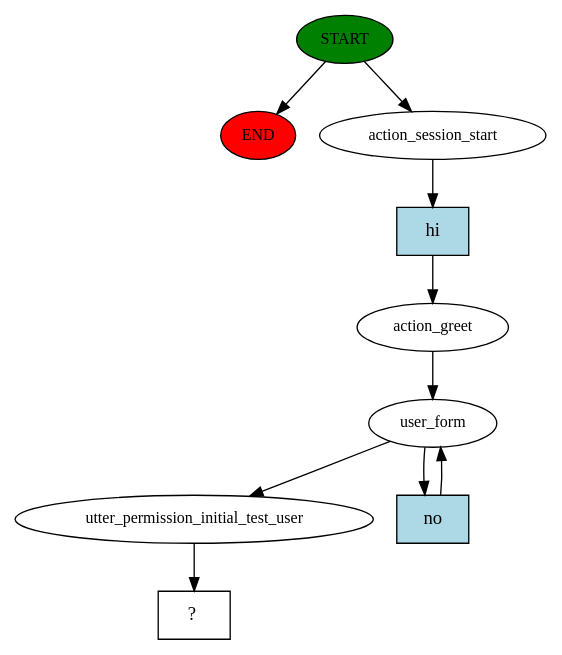
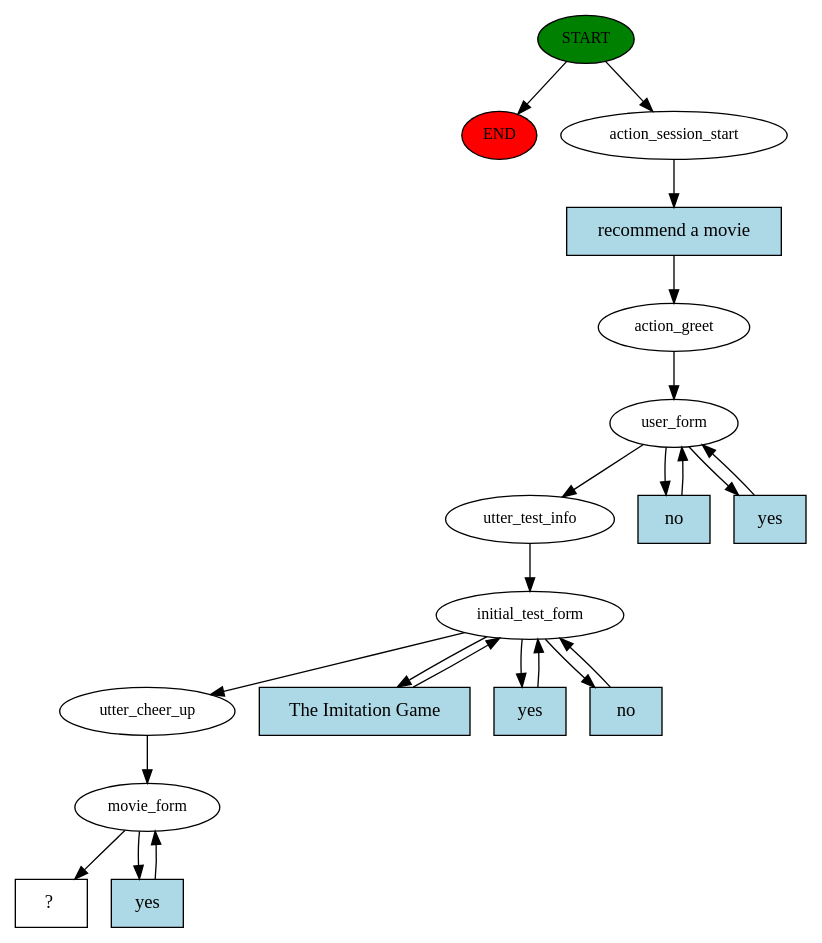
Before and after one commit to amirazzam2000/MovieBot2.0: the diagram in story_graph.dot, drawn with Graphviz. The commit also changed 8 other files, not shown here.

```diff
--- a/story_graph.dot
+++ b/story_graph.dot
@@ -1,20 +1,41 @@
 digraph  {
 0 [class="start active", fillcolor=green, fontsize=12, label=START, style=filled];
 "-1" [class=end, fillcolor=red, fontsize=12, label=END, style=filled];
 1 [class=active, fontsize=12, label=action_session_start];
 2 [class=active, fontsize=12, label=action_greet];
 3 [class=active, fontsize=12, label=user_form];
-7 [class=active, fontsize=12, label=utter_permission_initial_test_user];
-8 [class="intent dashed active", label="  ?  ", shape=rect];
-9 [class="intent active", fillcolor=lightblue, label=hi, shape=rect, style=filled];
-10 [class="intent active", fillcolor=lightblue, label=no, shape=rect, style=filled];
+8 [class=active, fontsize=12, label=utter_test_info];
+9 [class=active, fontsize=12, label=initial_test_form];
+16 [class=active, fontsize=12, label=utter_cheer_up];
+17 [class=active, fontsize=12, label=movie_form];
+20 [class="intent dashed active", label="  ?  ", shape=rect];
+21 [class="intent active", fillcolor=lightblue, label="recommend a movie", shape=rect, style=filled];
+22 [class="intent active", fillcolor=lightblue, label=no, shape=rect, style=filled];
+23 [class="intent active", fillcolor=lightblue, label=yes, shape=rect, style=filled];
+24 [class="intent active", fillcolor=lightblue, label="The Imitation Game", shape=rect, style=filled];
+25 [class="intent active", fillcolor=lightblue, label=yes, shape=rect, style=filled];
+26 [class="intent active", fillcolor=lightblue, label=no, shape=rect, style=filled];
+27 [class="intent active", fillcolor=lightblue, label=yes, shape=rect, style=filled];
 0 -> "-1"  [class="", key=NONE, label=""];
 0 -> 1  [class=active, key=NONE, label=""];
-1 -> 9  [class=active, key=0];
+1 -> 21  [class=active, key=0];
 2 -> 3  [class=active, key=NONE, label=""];
-3 -> 7  [class=active, key=NONE, label=""];
-3 -> 10  [class=active, key=0];
-7 -> 8  [class=active, key=NONE, label=""];
-9 -> 2  [class=active, key=0];
-10 -> 3  [class=active, key=0];
+3 -> 8  [class=active, key=NONE, label=""];
+3 -> 22  [class=active, key=0];
+3 -> 23  [class=active, key=0];
+8 -> 9  [class=active, key=NONE, label=""];
+9 -> 16  [class=active, key=NONE, label=""];
+9 -> 24  [class=active, key=0];
+9 -> 25  [class=active, key=0];
+9 -> 26  [class=active, key=0];
+16 -> 17  [class=active, key=NONE, label=""];
+17 -> 20  [class=active, key=NONE, label=""];
+17 -> 27  [class=active, key=0];
+21 -> 2  [class=active, key=0];
+22 -> 3  [class=active, key=0];
+23 -> 3  [class=active, key=0];
+24 -> 9  [class=active, key=0];
+25 -> 9  [class=active, key=0];
+26 -> 9  [class=active, key=0];
+27 -> 17  [class=active, key=0];
 }
```
